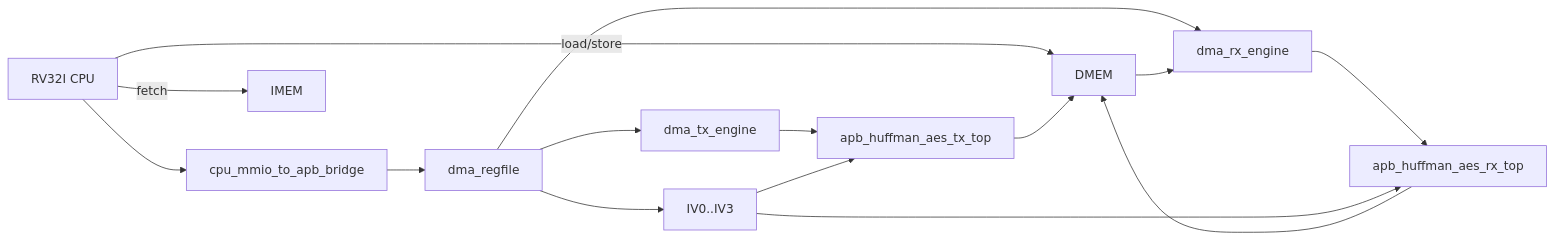
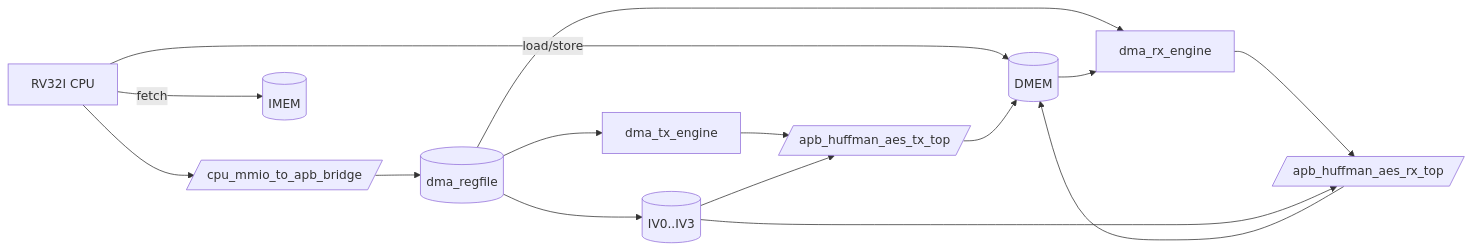
Before and after one commit to ngoquocan139/AES_huffman_all6: the first of 6 diagrams in docs/29_defense_qa_code_focus_spec.md, drawn with Mermaid. The commit also changed other lines of this file and 28 other files, not shown here.

````diff
--- a/docs/29_defense_qa_code_focus_spec.md
+++ b/docs/29_defense_qa_code_focus_spec.md
@@ -44,22 +44,22 @@
 ```mermaid
 flowchart LR
-    CPU["RV32I CPU"] --> BR["cpu_mmio_to_apb_bridge"]
-    BR --> RF["dma_regfile"]
+    CPU["RV32I CPU"] --> BR[/"cpu_mmio_to_apb_bridge"/]
+    BR --> RF[("dma_regfile")]
 
-    CPU -->|load/store| DMEM["DMEM"]
-    CPU -->|fetch| IMEM["IMEM"]
+    CPU -->|load/store| DMEM[("DMEM")]
+    CPU -->|fetch| IMEM[("IMEM")]
 
     RF --> TXDMA["dma_tx_engine"]
     RF --> RXDMA["dma_rx_engine"]
 
-    TXDMA --> TXTOP["apb_huffman_aes_tx_top"]
+    TXDMA --> TXTOP[/"apb_huffman_aes_tx_top"/]
     TXTOP --> DMEM
 
     DMEM --> RXDMA
-    RXDMA --> RXTOP["apb_huffman_aes_rx_top"]
+    RXDMA --> RXTOP[/"apb_huffman_aes_rx_top"/]
     RXTOP --> DMEM
 
-    RF --> IV["IV0..IV3"]
+    RF --> IV[("IV0..IV3")]
     IV --> TXTOP
     IV --> RXTOP
 ```
````
